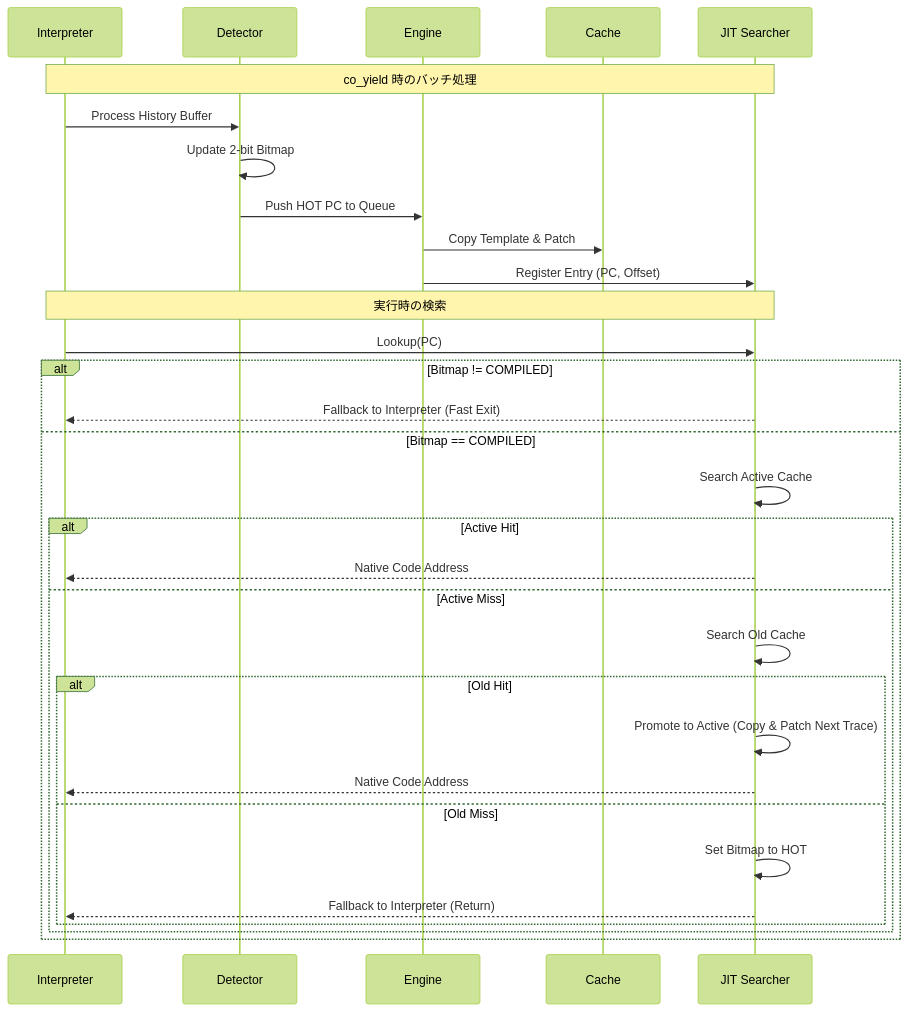
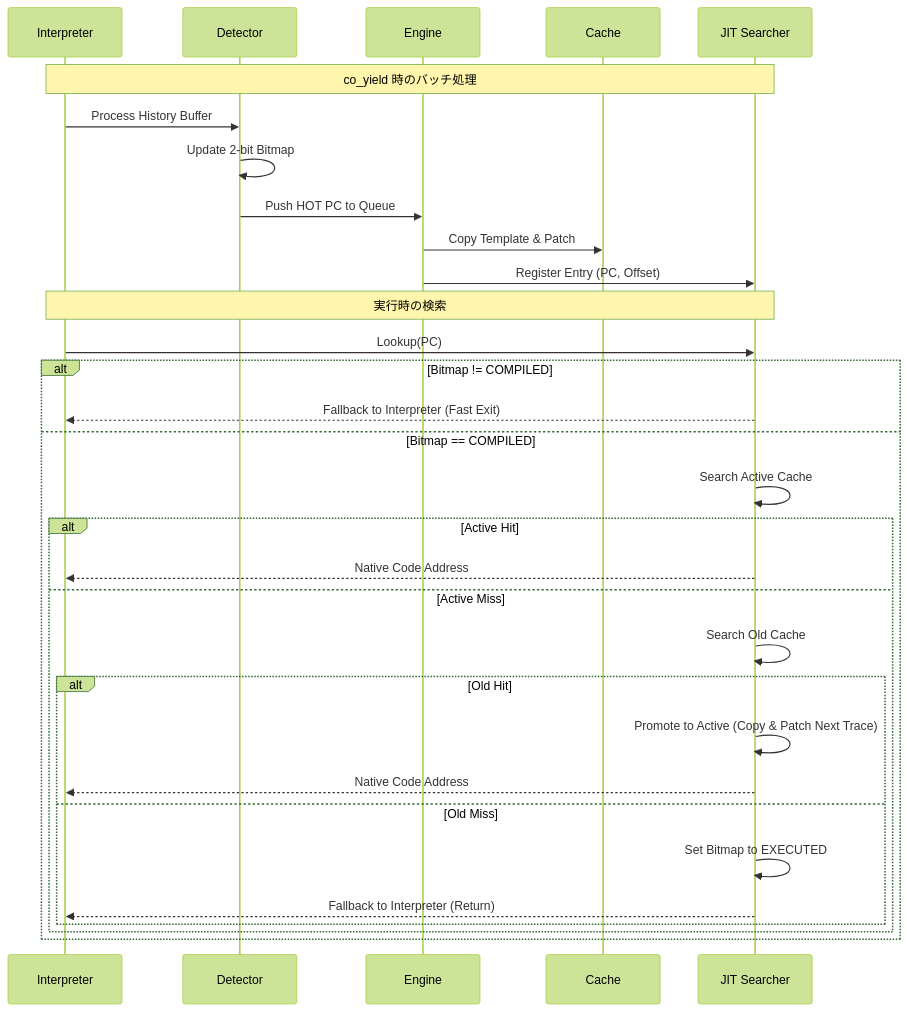
Before and after one commit to kmt-t/fireball: the third of 3 diagrams in docs/orders/components/jit_compiler.md, drawn with Mermaid (forest theme). The commit also changed other lines of this file and 3 other files, not shown here.

````diff
--- a/docs/orders/components/jit_compiler.md
+++ b/docs/orders/components/jit_compiler.md
@@ -137,35 +139,35 @@
 ```mermaid
 sequenceDiagram
     participant I as Interpreter
     participant D as Detector
     participant E as Engine
     participant C as Cache
     participant S as JIT Searcher
 
     Note over I, S: co_yield 時のバッチ処理
     I->>D: Process History Buffer
     D->>D: Update 2-bit Bitmap
     D->>E: Push HOT PC to Queue
     E->>C: Copy Template & Patch
     E->>S: Register Entry (PC, Offset)
     
     Note over I, S: 実行時の検索
     I->>S: Lookup(PC)
     alt Bitmap != COMPILED
         S-->>I: Fallback to Interpreter (Fast Exit)
     else Bitmap == COMPILED
         S->>S: Search Active Cache
         alt Active Hit
             S-->>I: Native Code Address
         else Active Miss
             S->>S: Search Old Cache
             alt Old Hit
                 S->>S: Promote to Active (Copy & Patch Next Trace)
                 S-->>I: Native Code Address
             else Old Miss
-                S->>S: Set Bitmap to HOT
+                S->>S: Set Bitmap to EXECUTED
                 S-->>I: Fallback to Interpreter (Return)
             end
         end
     end
 ```
````
